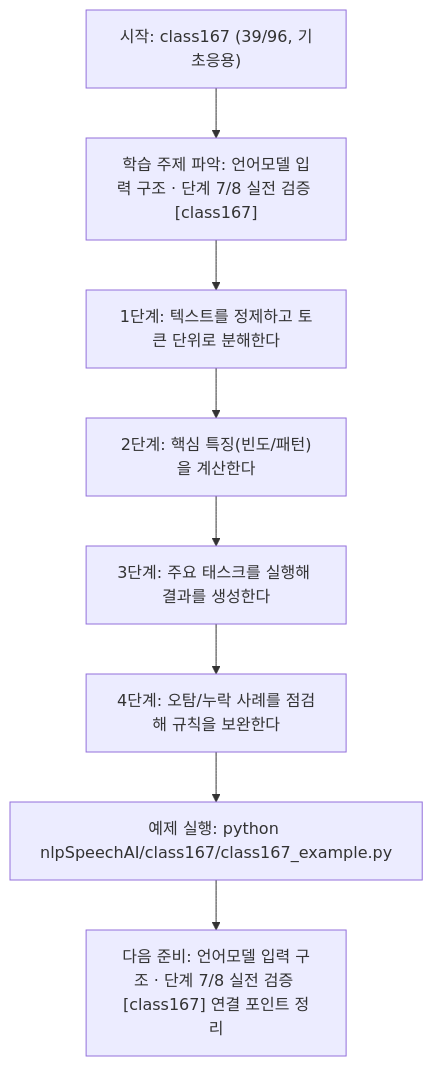
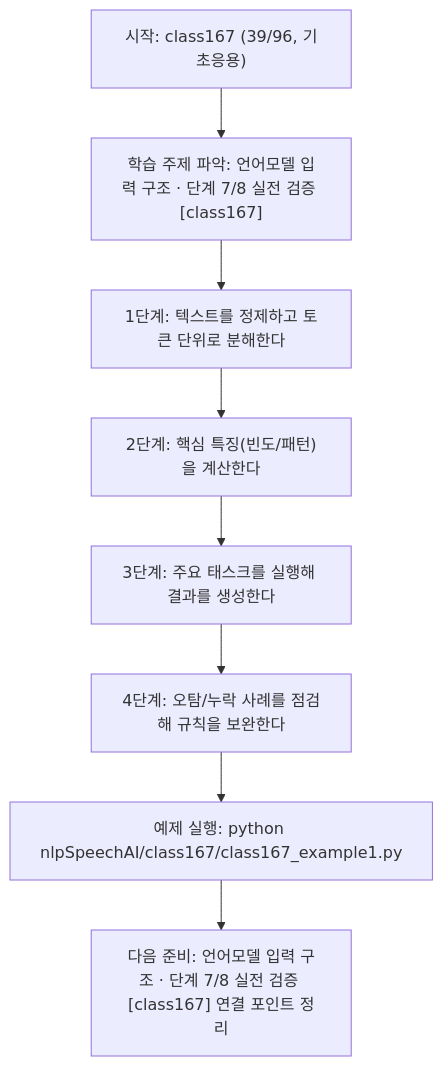
Before and after one commit to edumgt/Python-AI_Agent-Class: the diagram in nlpSpeechAI/class167/class167.md, drawn with Mermaid. The commit also changed other lines of this file and 2959 other files, not shown here.

````diff
--- a/nlpSpeechAI/class167/class167.md
+++ b/nlpSpeechAI/class167/class167.md
@@ -114,18 +114,18 @@
 ```mermaid
 flowchart TD
 N1["시작: class167 (39/96, 기초응용)"]
 N2["학습 주제 파악: 언어모델 입력 구조 · 단계 7/8 실전 검증 [class167]"]
 N3["1단계: 텍스트를 정제하고 토큰 단위로 분해한다"]
 N4["2단계: 핵심 특징(빈도/패턴)을 계산한다"]
 N5["3단계: 주요 태스크를 실행해 결과를 생성한다"]
 N6["4단계: 오탐/누락 사례를 점검해 규칙을 보완한다"]
-N7["예제 실행: python nlpSpeechAI/class167/class167_example.py"]
+N7["예제 실행: python nlpSpeechAI/class167/class167_example1.py"]
 N8["다음 준비: 언어모델 입력 구조 · 단계 7/8 실전 검증 [class167] 연결 포인트 정리"]
 N1 --> N2
 N2 --> N3
 N3 --> N4
 N4 --> N5
 N5 --> N6
 N6 --> N7
 N7 --> N8
 ```
````
